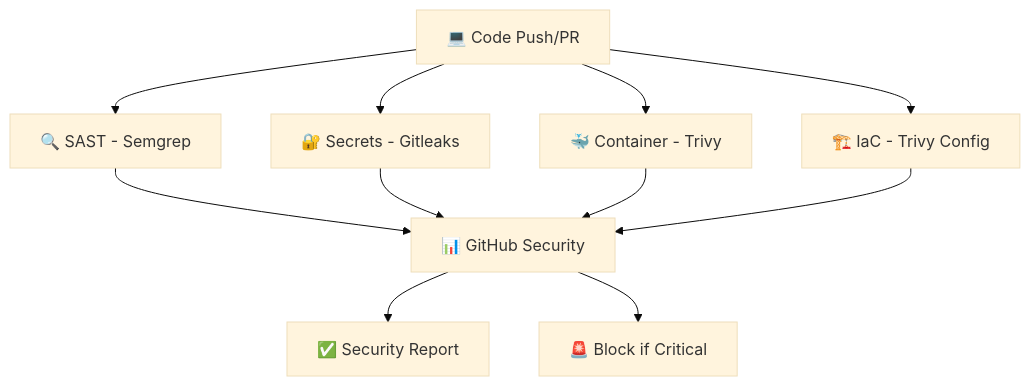
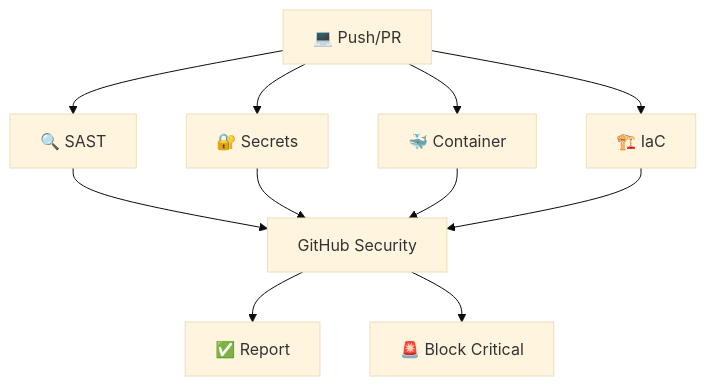
The diagram in README.md (jmessiass/devsecops), drawn with Mermaid (base theme) before and after one commit. The commit also changed other lines of this file, not shown here.

````diff
--- a/README.md
+++ b/README.md
@@ -144,15 +118,15 @@
 ```mermaid
 graph TD
-    A[💻 Code Push/PR] --> B[🔍 SAST - Semgrep]
-    A --> C[🔐 Secrets - Gitleaks]
-    A --> D[🐳 Container - Trivy]
-    A --> E[🏗️ IaC - Trivy Config]
+    A[💻 Push/PR] --> B[🔍 SAST]
+    A --> C[🔐 Secrets]
+    A --> D[🐳 Container]
+    A --> E[🏗️ IaC]
     
-    B --> F[📊 GitHub Security]
+    B --> F[GitHub Security]
     C --> F
     D --> F
     E --> F
     
-    F --> G[✅ Security Report]
-    F --> H[🚨 Block if Critical]
+    F --> G[✅ Report]
+    F --> H[🚨 Block Critical]
 ```
````
